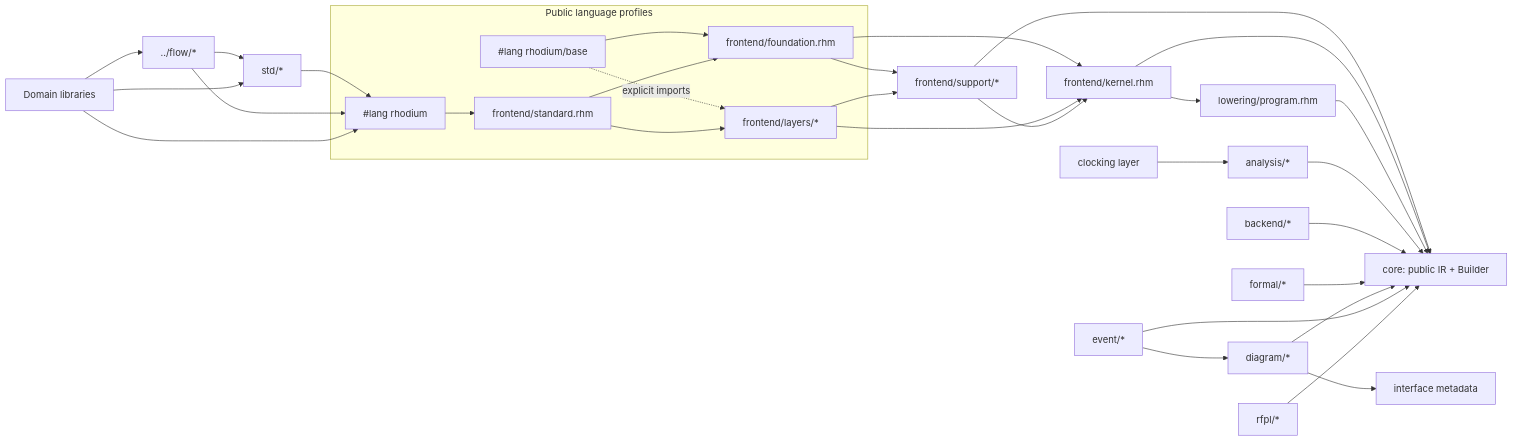
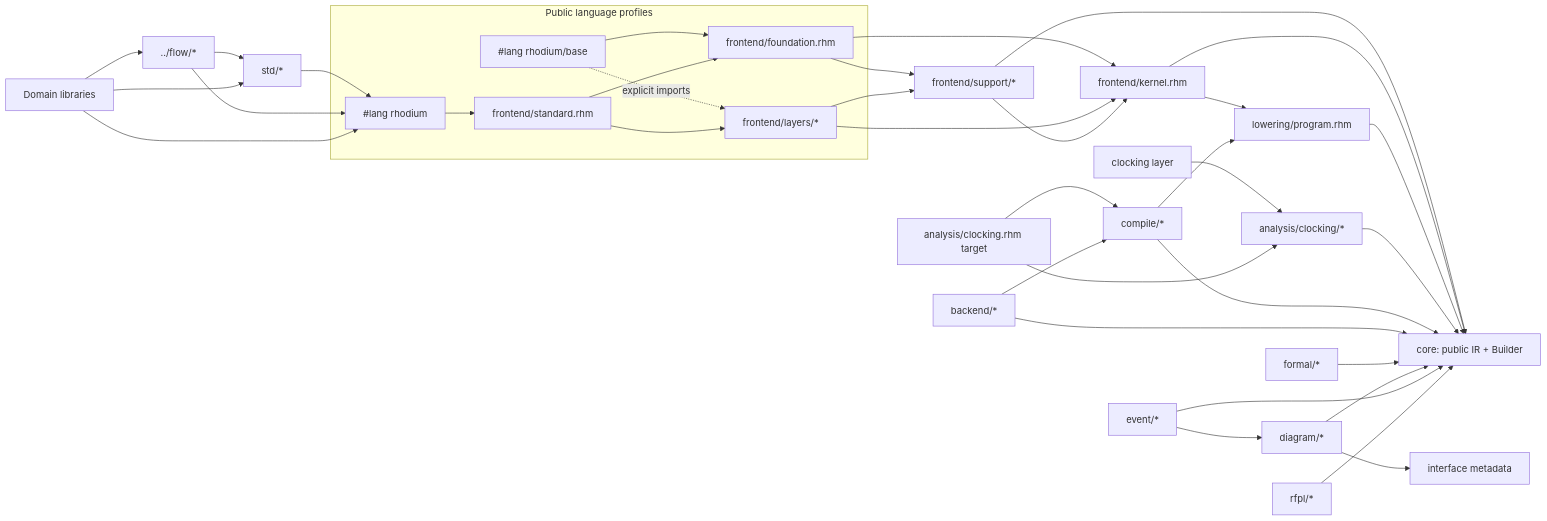
Before and after one commit to jerryz123/rhodium: the diagram in rhodium/DEVELOPING.md, drawn with Mermaid. The commit also changed other lines of this file and 98 other files, not shown here.

````diff
--- a/rhodium/DEVELOPING.md
+++ b/rhodium/DEVELOPING.md
@@ -20,38 +20,43 @@
 ```mermaid
 flowchart LR
   subgraph Profiles[Public language profiles]
     Rhodium["#lang rhodium"] --> Standard["frontend/standard.rhm"]
     Base["#lang rhodium/base"] --> Foundation["frontend/foundation.rhm"]
     Base -.->|explicit imports| Layers["frontend/layers/*"]
     Standard --> Foundation
     Standard --> Layers
   end
 
   Foundation --> Support["frontend/support/*"]
   Foundation --> Kernel["frontend/kernel.rhm"]
   Layers --> Support
   Layers --> Kernel
   Support --> Kernel
   Support --> Core["core: public IR + Builder"]
   Kernel --> Core
   Kernel --> Lowering["lowering/program.rhm"]
   Lowering --> Core
 
-  Clocking["clocking layer"] --> Analysis["analysis/*"]
+  Clocking["clocking layer"] --> Analysis["analysis/clocking/*"]
   Analysis --> Core
+  ClockTarget["analysis/clocking.rhm target"] --> Analysis
+  ClockTarget --> Compile
 
+  Compile["compile/*"] --> Core
+  Compile --> Lowering
   Backend["backend/*"] --> Core
+  Backend --> Compile
   Formal["formal/*"] --> Core
   Diagram["diagram/*"] --> Core
   Diagram --> InterfaceMeta["interface metadata"]
   EventGraph["event/*"] --> Diagram
   EventGraph --> Core
 
   RFPL["rfpl/*"] --> Core
   Std["std/*"] --> Rhodium
   Flow["../flow/*"] --> Std
   Flow --> Rhodium
   Libraries["Domain libraries"] --> Flow
   Libraries --> Std
   Libraries --> Rhodium
 ```
````
